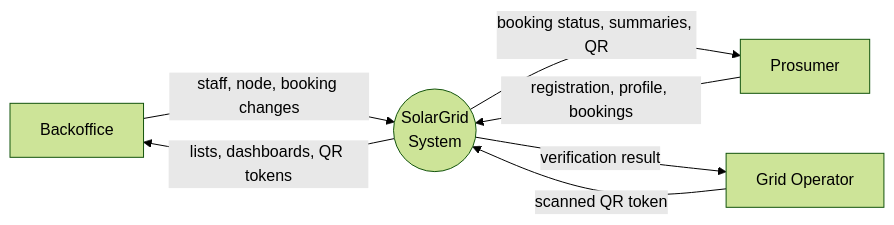
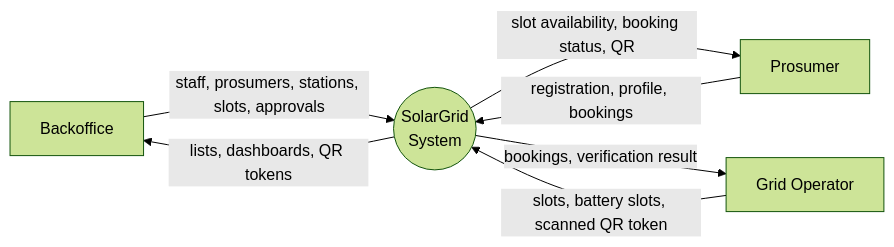
One commit to Dil123852/SolarGrid changed the third of 5 diagrams in docs/diagrams.md. Above: the diagram before and after it, drawn with Mermaid (forest theme). The commit also changed other lines of this file and 65 other files, not shown here.

Commit message:
docs: diagrams for EnergyBookingSlots, rendered PNG/SVG diagrams and UI screenshots for the report

````diff
--- a/docs/diagrams.md
+++ b/docs/diagrams.md
@@ -72,9 +73,9 @@
 ```mermaid
 flowchart LR
-    BO[Backoffice] -- "staff, node, booking changes" --> S((SolarGrid<br/>System))
+    BO[Backoffice] -- "staff, prosumers, stations, slots, approvals" --> S((SolarGrid<br/>System))
     S -- "lists, dashboards, QR tokens" --> BO
     PR[Prosumer] -- "registration, profile, bookings" --> S
-    S -- "booking status, summaries, QR" --> PR
-    GO[Grid Operator] -- "scanned QR token" --> S
-    S -- "verification result" --> GO
+    S -- "slot availability, booking status, QR" --> PR
+    GO[Grid Operator] -- "slots, battery slots, scanned QR token" --> S
+    S -- "bookings, verification result" --> GO
 ```
````
